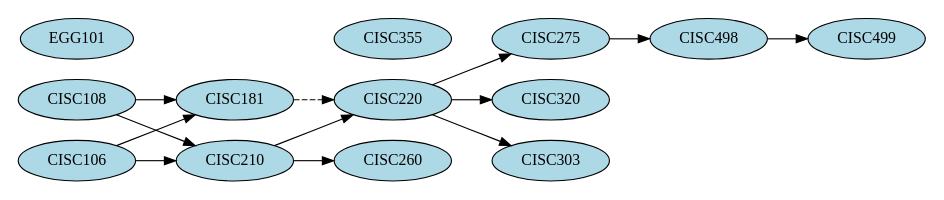
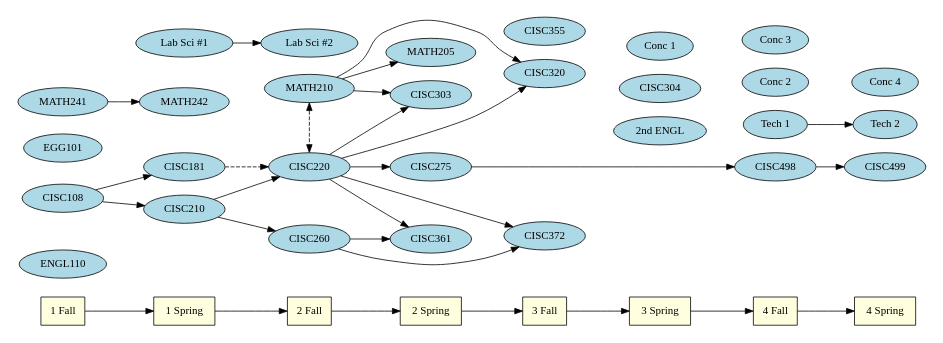
One commit to UD-CIS-Teaching/student-guidance changed the diagram in requirements/cs_bs.dot. Above: the diagram before and after it, drawn with Graphviz.

```diff
--- a/requirements/cs_bs.dot
+++ b/requirements/cs_bs.dot
@@ -1,20 +1,41 @@
 digraph world {
 
-node [ fillcolor="lightblue" style=filled ]
+    node [ fillcolor="lightblue" style=filled ]
+    size="7,7";
+    rankdir="LR";
+    
+    "1 Fall" -> "1 Spring" -> "2 Fall" -> "2 Spring" -> "3 Fall" -> "3 Spring" -> "4 Fall" -> "4 Spring";
+    "1 Fall" [shape="box" fillcolor="lightyellow"];
+    "1 Spring" [shape="box" fillcolor="lightyellow"];
+    "2 Fall" [shape="box" fillcolor="lightyellow"];
+    "2 Spring" [shape="box" fillcolor="lightyellow"];
+    "3 Fall" [shape="box" fillcolor="lightyellow"];
+    "3 Spring" [shape="box" fillcolor="lightyellow"];
+    "4 Fall" [shape="box" fillcolor="lightyellow"];
+    "4 Spring" [shape="box" fillcolor="lightyellow"];
 
-size="7,7";
-rankdir="LR";
-	{rank=same; CISC108;CISC106;}
-	{rank=same; CISC181;CISC210;}
-	{rank=same; CISC220;CISC355;}
+    {rank=same; "1 Fall";ENGL110;CISC108;EGG101;MATH241}
+    {rank=same; "1 Spring";CISC181;CISC210;"Lab Sci #1"}
+    {rank=same; "2 Fall";CISC220;CISC260;MATH210;"Lab Sci #2"}
+    {rank=same; "2 Spring";CISC275;CISC303}
+    {rank=same; "3 Fall";CISC320; CISC355;CISC372}
+    {rank=same; "3 Spring";"2nd ENGL";CISC304;"Conc 1"}
+    {rank=same; "4 Fall";CISC498;"Tech 1";"Conc 2";"Conc 3"}
+    {rank=same; "4 Spring";CISC499;"Tech 2";"Conc 4"}
+    
+    MATH210 -> CISC220 [dir="both" style=dashed];
 
     EGG101;
-	CISC108 -> {CISC181; CISC210};
-	CISC106 -> {CISC181; CISC210};
-	CISC210 -> {CISC220 ; CISC260}
-	CISC181 -> CISC220 [style=dashed];
-	CISC220 -> {CISC275 ; CISC320; CISC303}
-	CISC275 -> CISC498;
-	CISC498 -> CISC499;
-	CISC355;
+    "Lab Sci #1" -> "Lab Sci #2";
+    CISC108 -> {CISC181; CISC210};
+    CISC210 -> {CISC220 ; CISC260}
+    CISC181 -> CISC220 [style=dashed];
+    MATH241 -> MATH242;
+    MATH210 -> {CISC320 ; CISC303; MATH205};
+    CISC220 -> {CISC275 ; CISC320; CISC303; CISC361; CISC372}
+    CISC260 -> {CISC361 ; CISC372};
+    CISC275 -> CISC498;
+    CISC498 -> CISC499;
+    CISC355;
+    "Tech 1" -> "Tech 2";
 }
```
